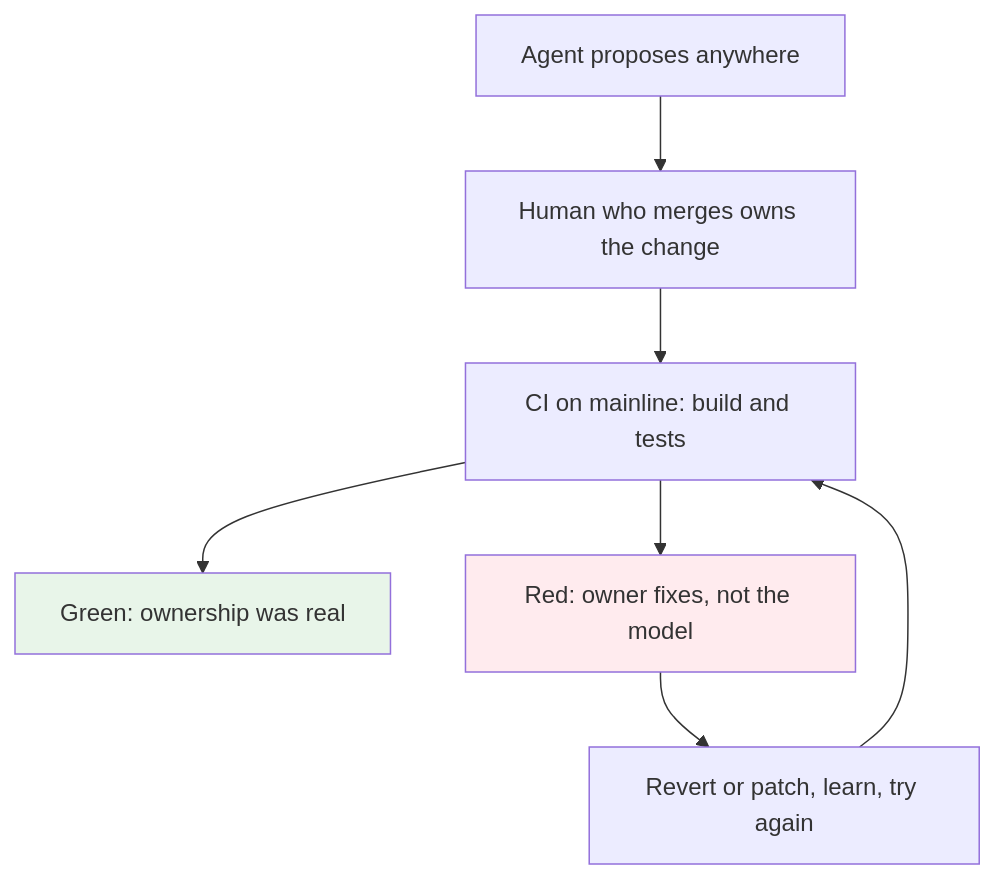
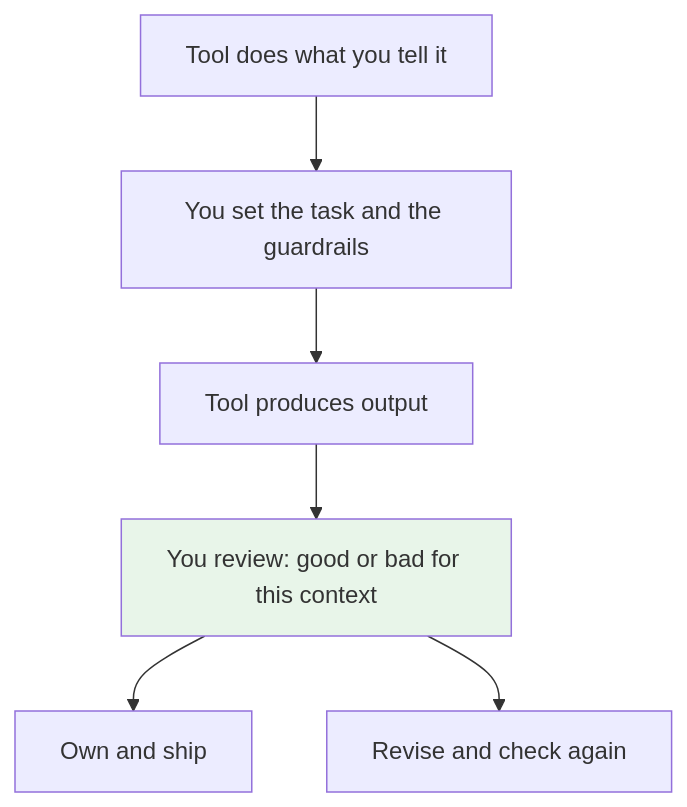
One commit to labeebahmad201/knowledge-base changed the second of 2 diagrams in docs/perspectives/ownership-stays-with-you.md. Above: the diagram before and after it, drawn with Mermaid. The commit also changed other lines of this file, not shown here.

First line of the commit message:
fix: rewrite ownership perspective to be concise and review-focused

````diff
--- a/docs/perspectives/ownership-stays-with-you.md
+++ b/docs/perspectives/ownership-stays-with-you.md
@@ -99,11 +45,9 @@
 ```mermaid
 graph TD
-  A1[Agent proposes anywhere] --> H1[Human who merges owns the change]
-  H1 --> CI[CI on mainline: build and tests]
-  CI --> Green[Green: ownership was real]
-  CI --> Red[Red: owner fixes, not the model]
-  Red --> Fix[Revert or patch, learn, try again]
-  Fix --> CI
-  style Green fill:#e8f5e9
-  style Red fill:#ffebee
+  P1[Tool does what you tell it] --> P2[You set the task and the guardrails]
+  P2 --> P3[Tool produces output]
+  P3 --> R[You review: good or bad for this context]
+  R --> Ship[Own and ship]
+  R --> Revise[Revise and check again]
+  style R fill:#e8f5e9
 ```
````
